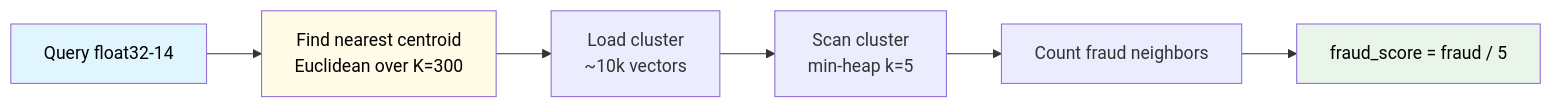
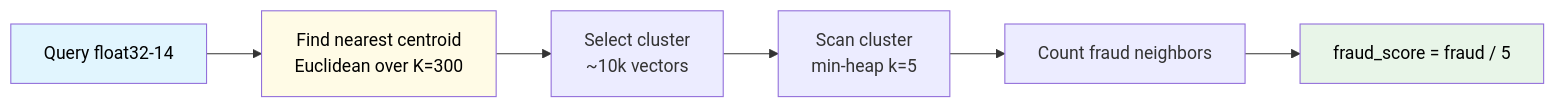
Before and after one commit to fabianoflorentino/fraudctl: the second of 3 diagrams in docs/ARCHITECTURE.md, drawn with Mermaid. The commit also changed other lines of this file and 4 other files, not shown here.

````diff
--- a/docs/ARCHITECTURE.md
+++ b/docs/ARCHITECTURE.md
@@ -25,12 +29,12 @@
 ```mermaid
 flowchart LR
     Q[Query float32-14] --> C[Find nearest centroid\nEuclidean over K=300]
-    C --> CL[Load cluster\n~10k vectors]
+    C --> CL[Select cluster\n~10k vectors]
     CL --> S[Scan cluster\nmin-heap k=5]
     S --> V[Count fraud neighbors]
     V --> R[fraud_score = fraud / 5]
 
     style Q fill:#e1f5fe,color:#000000
     style R fill:#e8f5e8,color:#000000
     style C fill:#fffbe6,color:#000000
 ```
````
